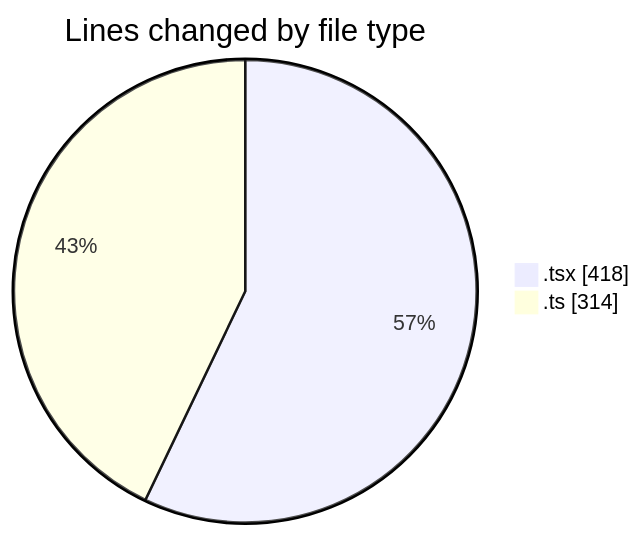
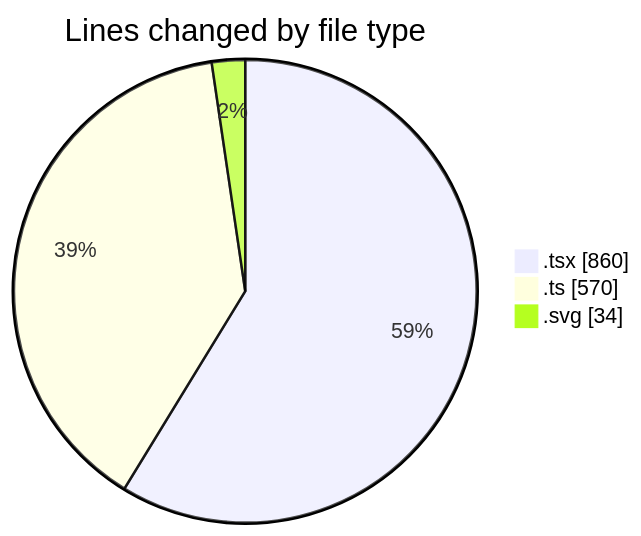
One commit to FixMe24/code-tracking changed the first of 2 diagrams in 2025-05-21/fixme24/README.md. Above: the diagram before and after it, drawn with Mermaid. The commit also changed other lines of this file and 1 other file, not shown here.

````diff
--- a/2025-05-21/fixme24/README.md
+++ b/2025-05-21/fixme24/README.md
@@ -26,6 +33,7 @@
 ```mermaid
 pie showData
 title Lines changed by file type
-".tsx" : 418
-".ts" : 314
+".tsx" : 860
+".ts" : 570
+".svg" : 34
 ```
````
